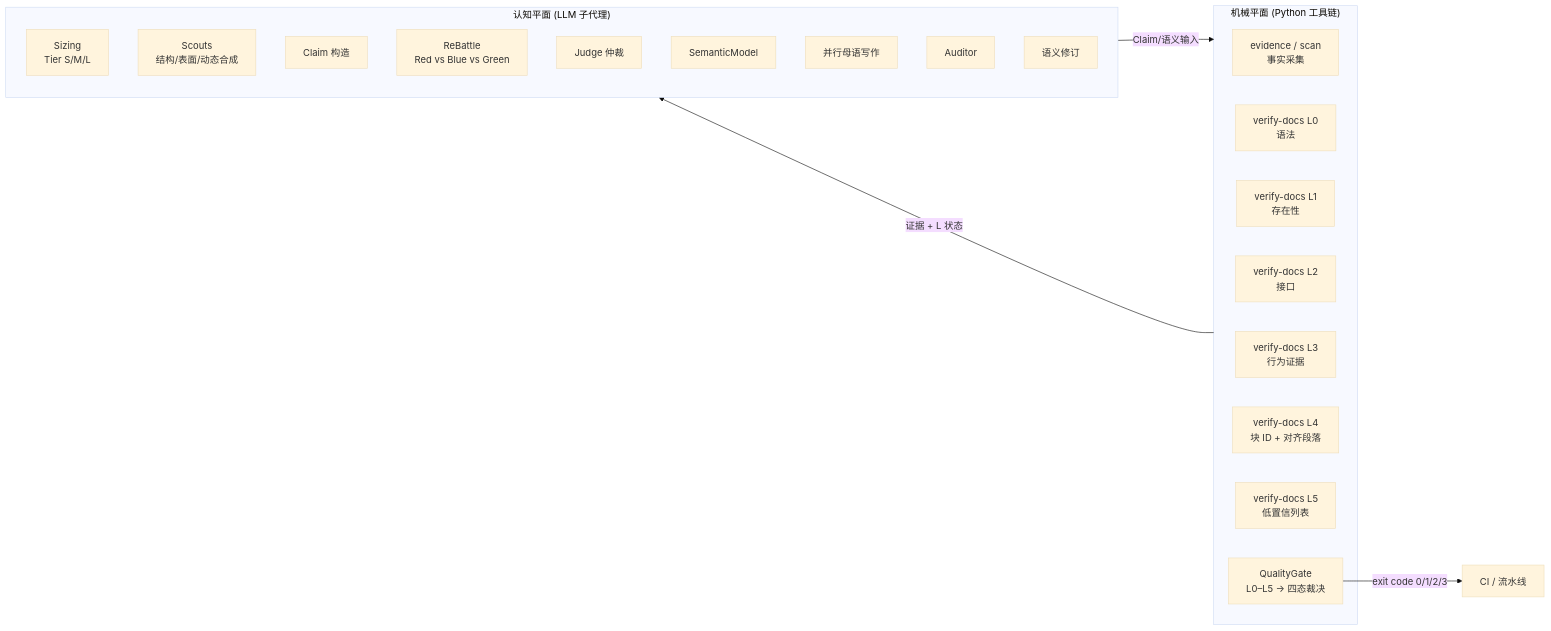
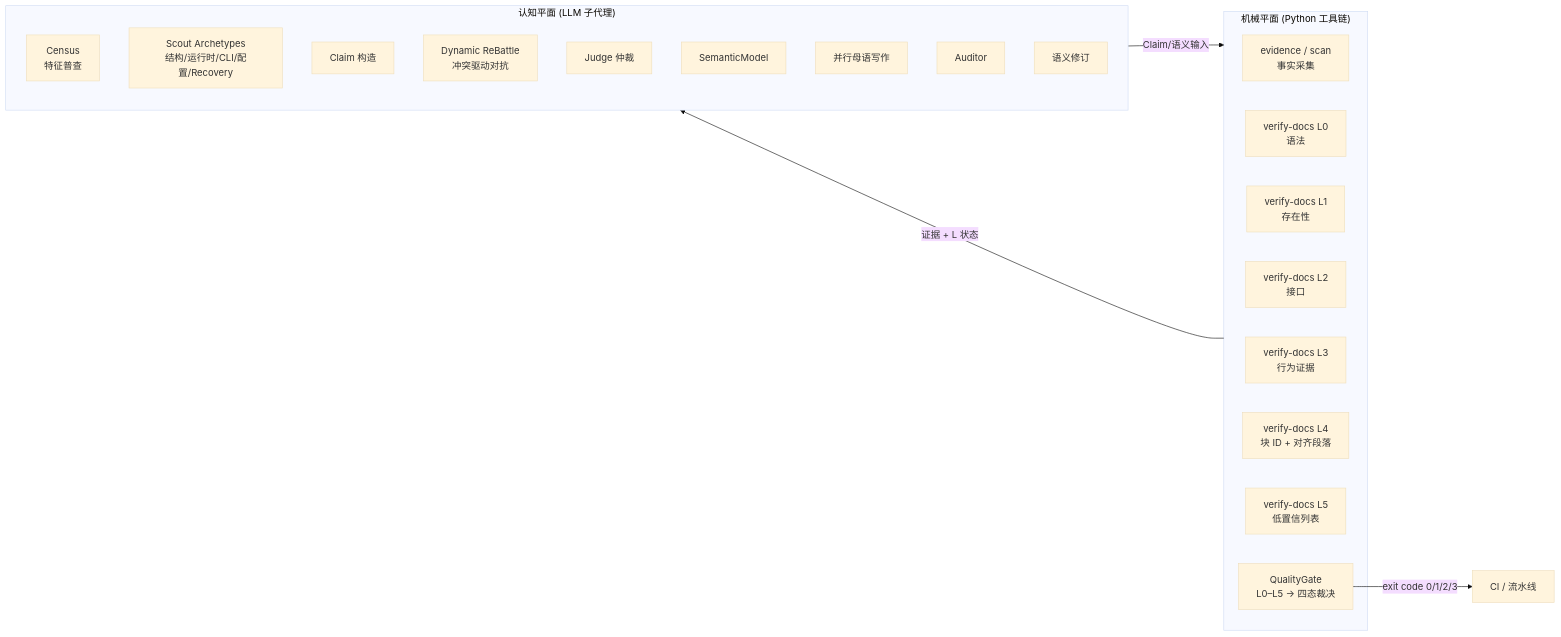
Before and after one commit to somnifex/MakeWiki.skills: the diagram in README.md, drawn with Mermaid (base theme). The commit also changed other lines of this file and 163 other files, not shown here.

First line of the commit message:
Add comprehensive tests for verification and architecture contracts

````diff
--- a/README.md
+++ b/README.md
@@ -103,29 +133,29 @@
 ```mermaid
 flowchart LR
     subgraph Cognitive["认知平面 (LLM 子代理)"]
-        Sizing["Sizing<br/>Tier S/M/L"]
-        Scout["Scouts<br/>结构/表面/动态合成"]
+        Census["Census<br/>特征普查"]
+        Scout["Scout Archetypes<br/>结构/运行时/CLI/配置/Recovery"]
         Claims["Claim 构造"]
-        ReB["ReBattle<br/>Red vs Blue vs Green"]
+        ReB["Dynamic ReBattle<br/>冲突驱动对抗"]
         Judge["Judge 仲裁"]
         Model["SemanticModel"]
         Writers["并行母语写作"]
         Audit["Auditor"]
         Revise["语义修订"]
     end
 
     subgraph Mechanical["机械平面 (Python 工具链)"]
         Evid["evidence / scan<br/>事实采集"]
         V0["verify-docs L0<br/>语法"]
         V1["verify-docs L1<br/>存在性"]
         V2["verify-docs L2<br/>接口"]
         V3["verify-docs L3<br/>行为证据"]
         V4["verify-docs L4<br/>块 ID + 对齐段落"]
         V5["verify-docs L5<br/>低置信列表"]
         QG["QualityGate<br/>L0–L5 → 四态裁决"]
     end
 
     Cognitive -->|Claim/语义输入| Mechanical
     Mechanical -->|证据 + L 状态| Cognitive
     QG -->|exit code 0/1/2/3| CI[CI / 流水线]
 ```
````
